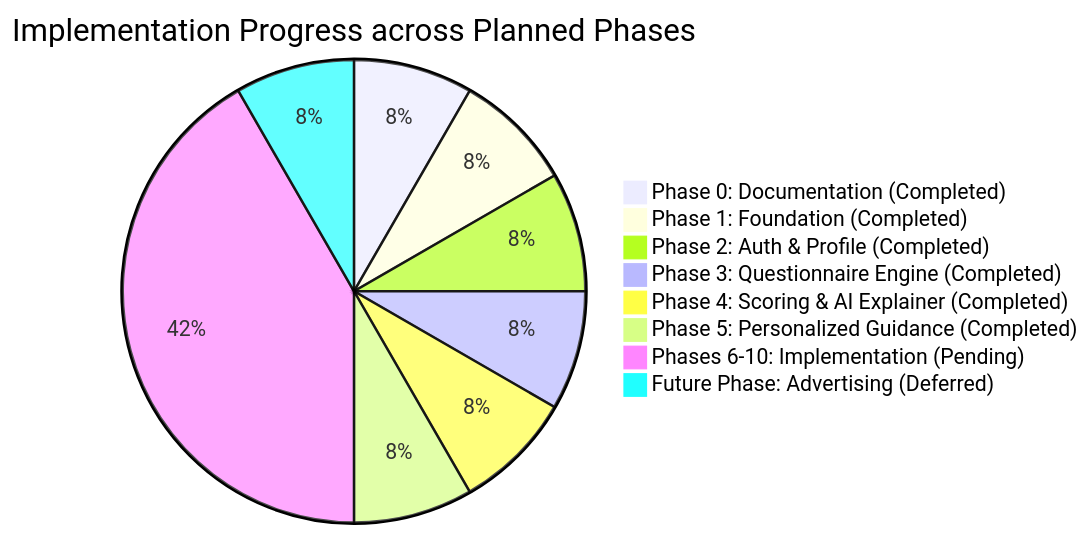
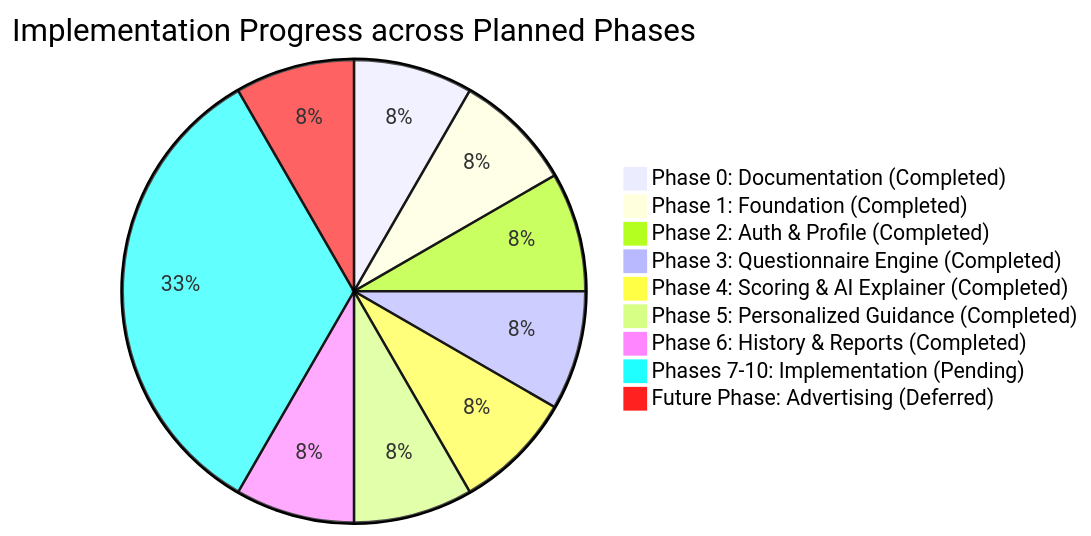
Before and after one commit to SatyamKumar-code/VitaTrack-App: the diagram in docs/AI_PROGRESS.md, drawn with Mermaid. The commit also changed other lines of this file and 23 other files, not shown here.

````diff
--- a/docs/AI_PROGRESS.md
+++ b/docs/AI_PROGRESS.md
@@ -24,11 +24,12 @@
 ```mermaid
 pie title Implementation Progress across Planned Phases
     "Phase 0: Documentation (Completed)" : 1
     "Phase 1: Foundation (Completed)" : 1
     "Phase 2: Auth & Profile (Completed)" : 1
     "Phase 3: Questionnaire Engine (Completed)" : 1
     "Phase 4: Scoring & AI Explainer (Completed)" : 1
     "Phase 5: Personalized Guidance (Completed)" : 1
-    "Phases 6-10: Implementation (Pending)" : 5
+    "Phase 6: History & Reports (Completed)" : 1
+    "Phases 7-10: Implementation (Pending)" : 4
     "Future Phase: Advertising (Deferred)" : 1
 ```
````
